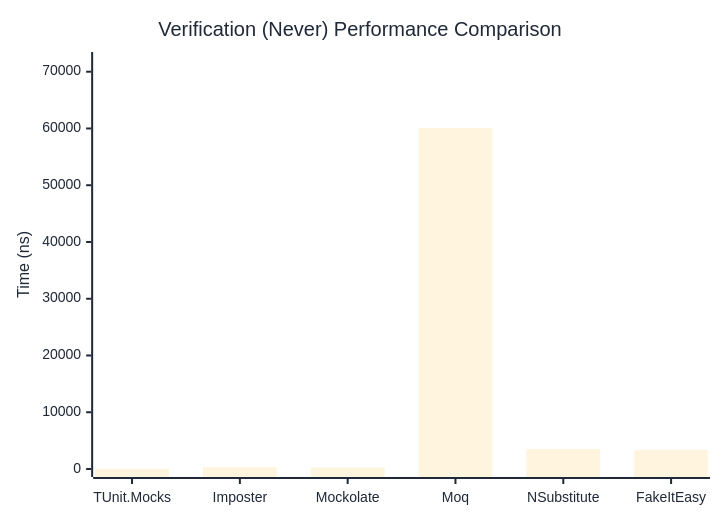
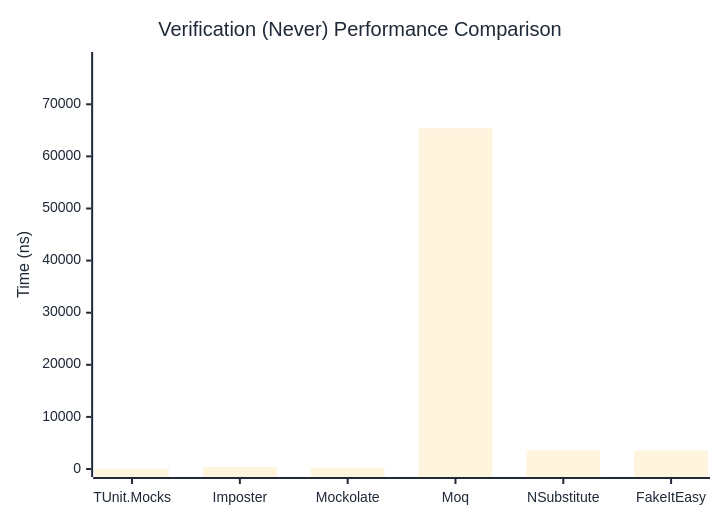
One commit to thomhurst/TUnit changed the second of 3 diagrams in docs/docs/benchmarks/mocks/Verification.md. Above: the diagram before and after it, drawn with Mermaid. The commit also changed other lines of this file and 14 other files, not shown here.

````diff
--- a/docs/docs/benchmarks/mocks/Verification.md
+++ b/docs/docs/benchmarks/mocks/Verification.md
@@ -69,27 +69,27 @@
 ```mermaid
 %%{init: {
   'theme':'base',
   'themeVariables': {
     'primaryColor': '#2563eb',
     'primaryTextColor': '#1f2937',
     'primaryBorderColor': '#1e40af',
     'lineColor': '#6b7280',
     'secondaryColor': '#7c3aed',
     'tertiaryColor': '#dc2626',
     'background': '#ffffff',
     'pie1': '#2563eb',
     'pie2': '#7c3aed',
     'pie3': '#dc2626',
     'pie4': '#f59e0b',
     'pie5': '#10b981',
     'pie6': '#06b6d4',
     'pie7': '#ec4899',
     'pie8': '#6366f1'
   }
 }}%%
 xychart-beta
   title "Verification (Never) Performance Comparison"
   x-axis ["TUnit.Mocks", "Imposter", "Mockolate", "Moq", "NSubstitute", "FakeItEasy"]
-  y-axis "Time (ns)" 0 --> 72064
-  bar [54.32, 336.44, 239.15, 60052.67, 3500.96, 3363.45]
+  y-axis "Time (ns)" 0 --> 78500
+  bar [57.1, 392.33, 249.78, 65416.34, 3591.72, 3555.21]
 ```
````
